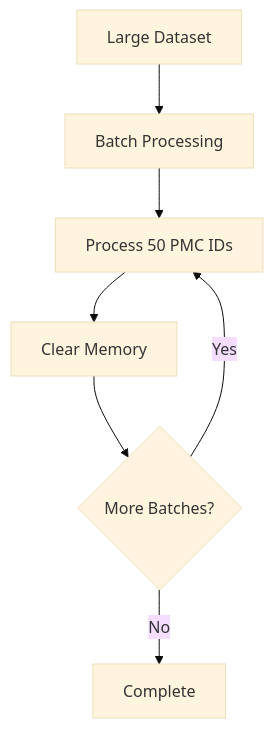
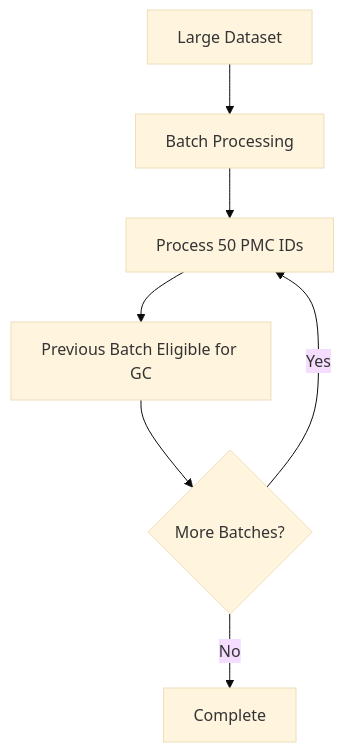
The tenth of 10 diagrams in docs/architecture/index.md (AlexJSully/Publication-Figure-Retrieval), drawn with Mermaid (base theme) before and after one commit. The commit also changed other lines of this file and 10 other files, not shown here.

````diff
--- a/docs/architecture/index.md
+++ b/docs/architecture/index.md
@@ -298,9 +324,12 @@
 ```mermaid
 graph TD
+    accTitle: Memory Management Through Batching
+    accDescr: A large dataset is handled through batch processing. The tool processes 50 PMC IDs at a time, so only one batch is held in memory at once and the previous batch becomes eligible for garbage collection, repeating until no batches remain.
+
     A[Large Dataset] --> B[Batch Processing]
     B --> C[Process 50 PMC IDs]
-    C --> D[Clear Memory]
+    C --> D[Previous Batch Eligible for GC]
     D --> E{More Batches?}
     E -->|Yes| C
     E -->|No| F[Complete]
 ```
````
